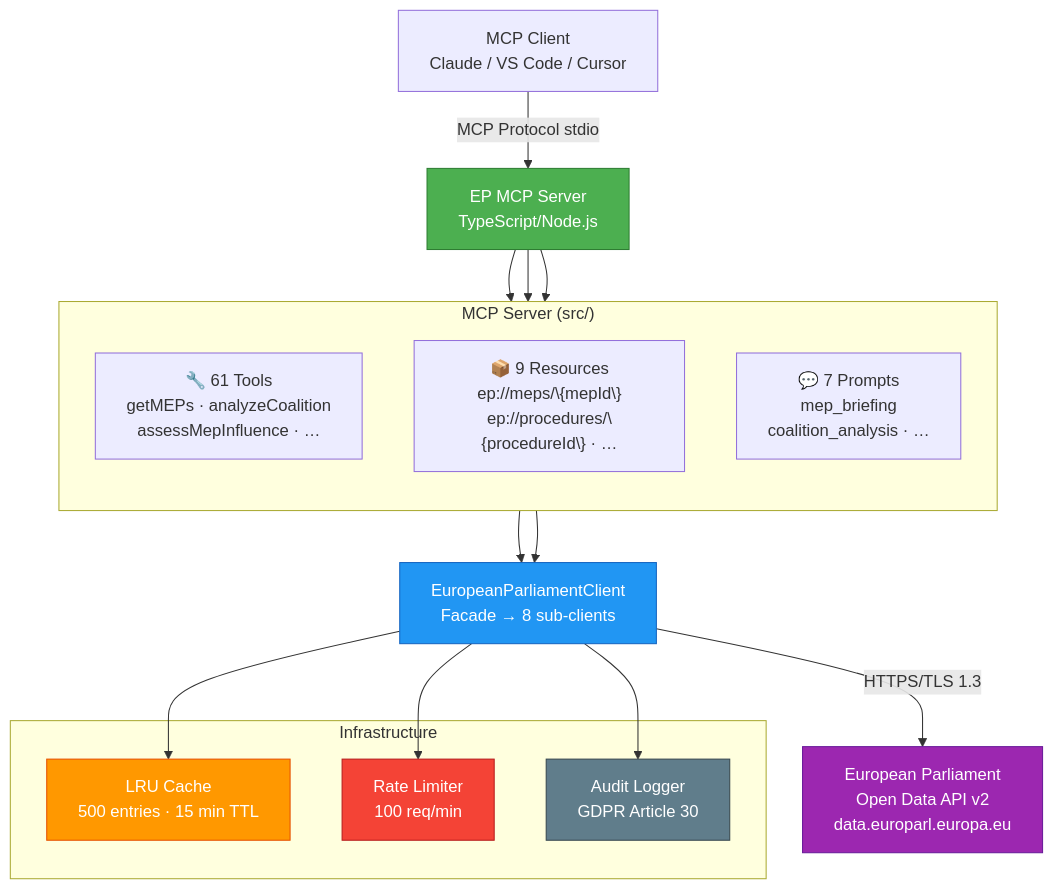
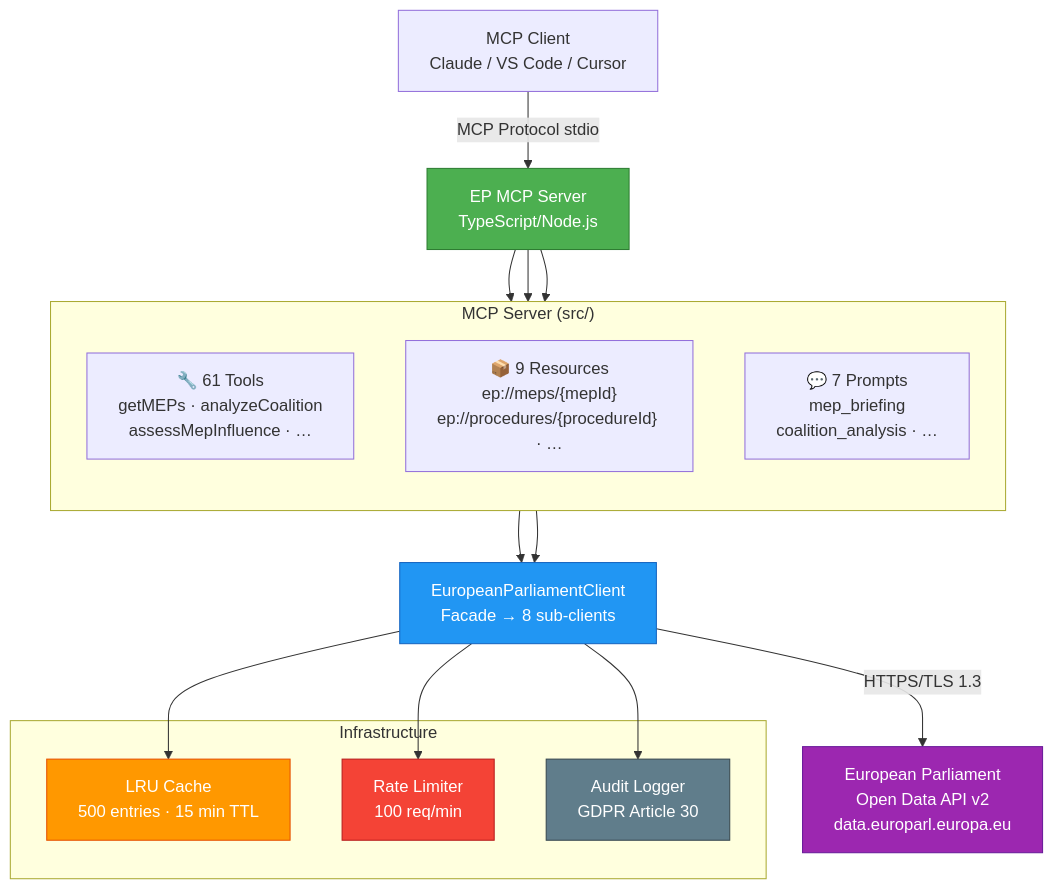
One commit to Hack23/European-Parliament-MCP-Server changed the first of 6 diagrams in docs/api-markdown/README.md. Above: the diagram before and after it, drawn with Mermaid.

Commit message:
fix: use literal {mepId}/{procedureId} in docs/api-markdown/README.md Mermaid label
Backslash escaping (\{mepId\}) renders the backslashes in the diagram text.
Use literal braces inside the quoted label instead.

Agent-Logs-Url: https://github.com/Hack23/European-Parliament-MCP-Server/sessions/5b595aa9-2036-4d53-8223-3c31a0d27972

````diff
--- a/docs/api-markdown/README.md
+++ b/docs/api-markdown/README.md
@@ -513,35 +513,35 @@
 ```mermaid
 graph TB
     Client[MCP Client<br/>Claude / VS Code / Cursor] -->|MCP Protocol stdio| Server[EP MCP Server<br/>TypeScript/Node.js]
 
     subgraph "MCP Server (src/)"
         direction TB
         Tools[🔧 61 Tools<br/>getMEPs · analyzeCoalition<br/>assessMepInfluence · …]
-        Resources["📦 9 Resources<br/>ep://meps/\{mepId\}<br/>ep://procedures/\{procedureId\} · …"]
+        Resources["📦 9 Resources<br/>ep://meps/{mepId}<br/>ep://procedures/{procedureId} · …"]
         Prompts[💬 7 Prompts<br/>mep_briefing<br/>coalition_analysis · …]
     end
 
     Server --> Tools
     Server --> Resources
     Server --> Prompts
 
     subgraph "Infrastructure"
         Cache[LRU Cache<br/>500 entries · 15 min TTL]
         RateLimiter[Rate Limiter<br/>100 req/min]
         AuditLog[Audit Logger<br/>GDPR Article 30]
     end
 
     Tools --> EPClient[EuropeanParliamentClient<br/>Facade → 8 sub-clients]
     Resources --> EPClient
     EPClient --> Cache
     EPClient --> RateLimiter
     EPClient --> AuditLog
     EPClient -->|HTTPS/TLS 1.3| EPAPI[European Parliament<br/>Open Data API v2<br/>data.europarl.europa.eu]
 
     style Server fill:#4CAF50,stroke:#2E7D32,color:#fff
     style EPClient fill:#2196F3,stroke:#1565C0,color:#fff
     style EPAPI fill:#9C27B0,stroke:#6A1B9A,color:#fff
     style Cache fill:#FF9800,stroke:#E65100,color:#fff
     style RateLimiter fill:#F44336,stroke:#B71C1C,color:#fff
     style AuditLog fill:#607D8B,stroke:#37474F,color:#fff
 ```
````
